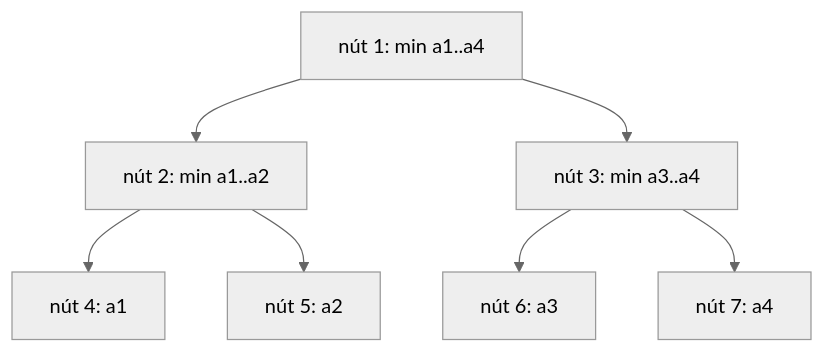
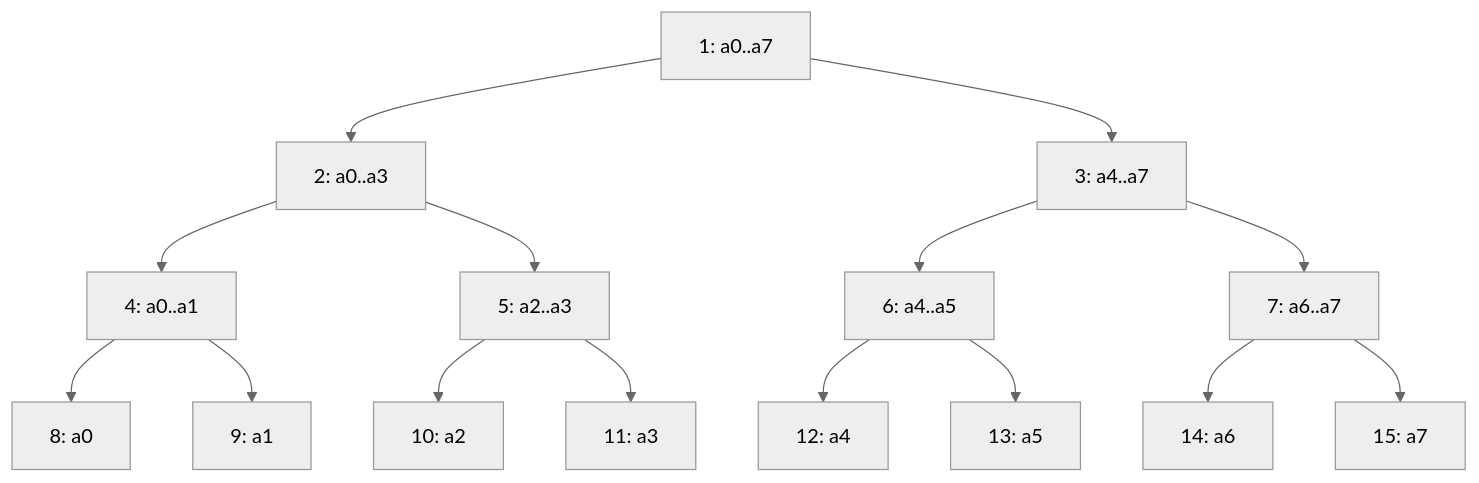
Before and after one commit to vantupham/ebook-lap-trinh-thi-dau: the diagram in tap-3-do-thi-qhd-nang-cao/bai-3-5-cay-phan-doan/README.md, drawn with Mermaid (neutral theme). The commit also changed other lines of this file and 992 other files, not shown here.

````diff
--- a/tap-3-do-thi-qhd-nang-cao/bai-3-5-cay-phan-doan/README.md
+++ b/tap-3-do-thi-qhd-nang-cao/bai-3-5-cay-phan-doan/README.md
@@ -37,9 +62,17 @@
 ```mermaid
 flowchart TD
-    A["nút 1: min a1..a4"] --> B["nút 2: min a1..a2"]
-    A --> C["nút 3: min a3..a4"]
-    B --> D["nút 4: a1"]
-    B --> E["nút 5: a2"]
-    C --> F["nút 6: a3"]
-    C --> G["nút 7: a4"]
+    N1["1: a0..a7"] --> N2["2: a0..a3"]
+    N1 --> N3["3: a4..a7"]
+    N2 --> N4["4: a0..a1"]
+    N2 --> N5["5: a2..a3"]
+    N3 --> N6["6: a4..a5"]
+    N3 --> N7["7: a6..a7"]
+    N4 --> L8["8: a0"]
+    N4 --> L9["9: a1"]
+    N5 --> L10["10: a2"]
+    N5 --> L11["11: a3"]
+    N6 --> L12["12: a4"]
+    N6 --> L13["13: a5"]
+    N7 --> L14["14: a6"]
+    N7 --> L15["15: a7"]
 ```
````
